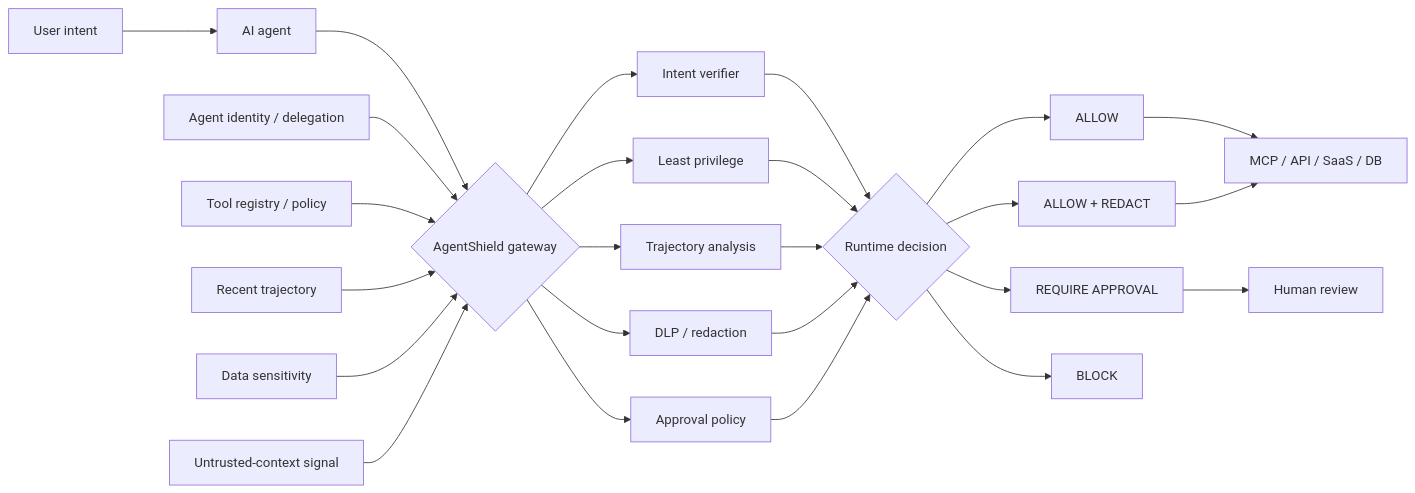
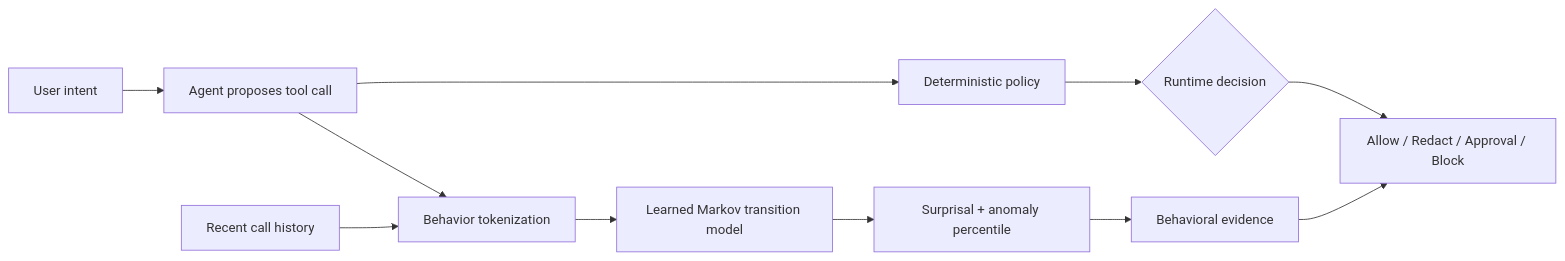
The diagram in README.md (VinayK88/AgentShield), drawn with Mermaid before and after one commit. The commit also changed other lines of this file, not shown here.

Commit message:
Document AgentShield trajectory ML

````diff
--- a/README.md
+++ b/README.md
@@ -180,32 +135,13 @@
 ```mermaid
 flowchart LR
-    U[User intent] --> A[AI agent]
-    A --> G{AgentShield gateway}
-
-    ID[Agent identity / delegation] --> G
-    TR[Tool registry / policy] --> G
-    HX[Recent trajectory] --> G
-    DS[Data sensitivity] --> G
-    UC[Untrusted-context signal] --> G
-
-    G --> I[Intent verifier]
-    G --> L[Least privilege]
-    G --> T[Trajectory analysis]
-    G --> R[DLP / redaction]
-    G --> H[Approval policy]
-
-    I --> D{Runtime decision}
-    L --> D
-    T --> D
-    R --> D
-    H --> D
-
-    D --> AL[ALLOW]
-    D --> AR[ALLOW + REDACT]
-    D --> AP[REQUIRE APPROVAL]
-    D --> BL[BLOCK]
-
-    AL --> X[MCP / API / SaaS / DB]
-    AR --> X
-    AP --> O[Human review]
+    U[User intent] --> A[Agent proposes tool call]
+    A --> P[Deterministic policy]
+    A --> S[Behavior tokenization]
+    H[Recent call history] --> S
+    S --> M[Learned Markov transition model]
+    M --> E[Surprisal + anomaly percentile]
+    P --> D{Runtime decision}
+    E --> X[Behavioral evidence]
+    D --> O[Allow / Redact / Approval / Block]
+    X --> O
 ```
````
